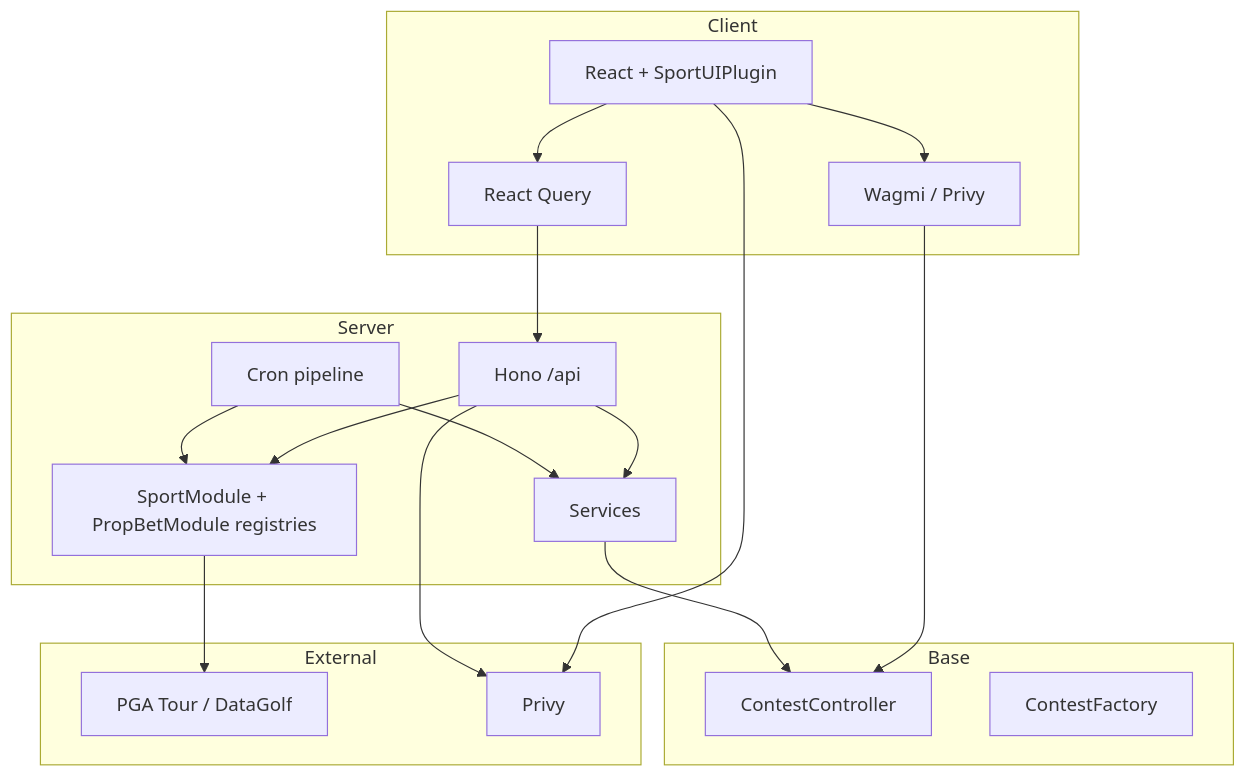
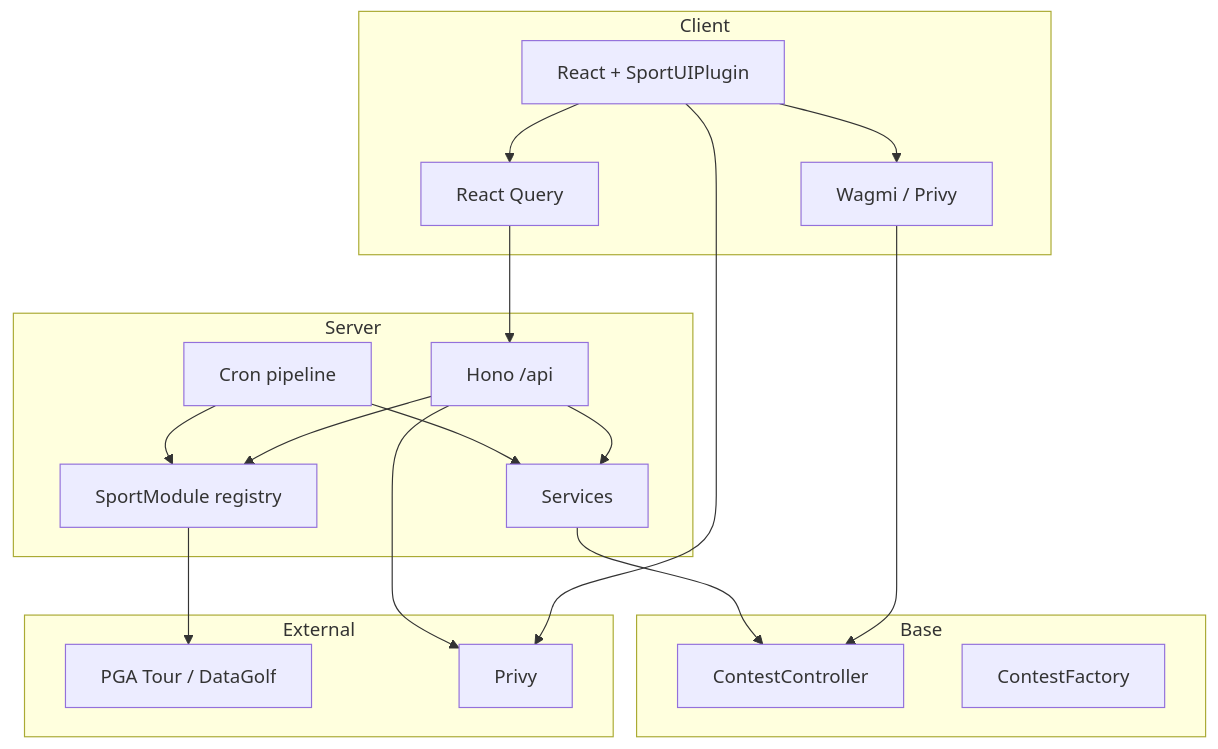
Before and after one commit to MagRelo/cut: the first of 6 diagrams in spec/cross-layer.md, drawn with Mermaid. The commit also changed other lines of this file and 135 other files, not shown here.

````diff
--- a/spec/cross-layer.md
+++ b/spec/cross-layer.md
@@ -9,38 +9,38 @@
 ```mermaid
 graph TB
   subgraph client[Client]
     UI[React + SportUIPlugin]
     RQ[React Query]
     WAGMI[Wagmi / Privy]
   end
 
   subgraph server[Server]
     API[Hono /api]
-    REG[SportModule + PropBetModule registries]
+    REG[SportModule registry]
     SVC[Services]
     CRON[Cron pipeline]
   end
 
   subgraph chain[Base]
     CC[ContestController]
     FACTORY[ContestFactory]
   end
 
   subgraph external[External]
     PGA[PGA Tour / DataGolf]
     PRIVY[Privy]
   end
 
   UI --> RQ
   RQ --> API
   UI --> WAGMI
   WAGMI --> CC
   API --> REG
   API --> SVC
   SVC --> CC
   CRON --> REG
   CRON --> SVC
   REG --> PGA
   UI --> PRIVY
   API --> PRIVY
 ```
````
